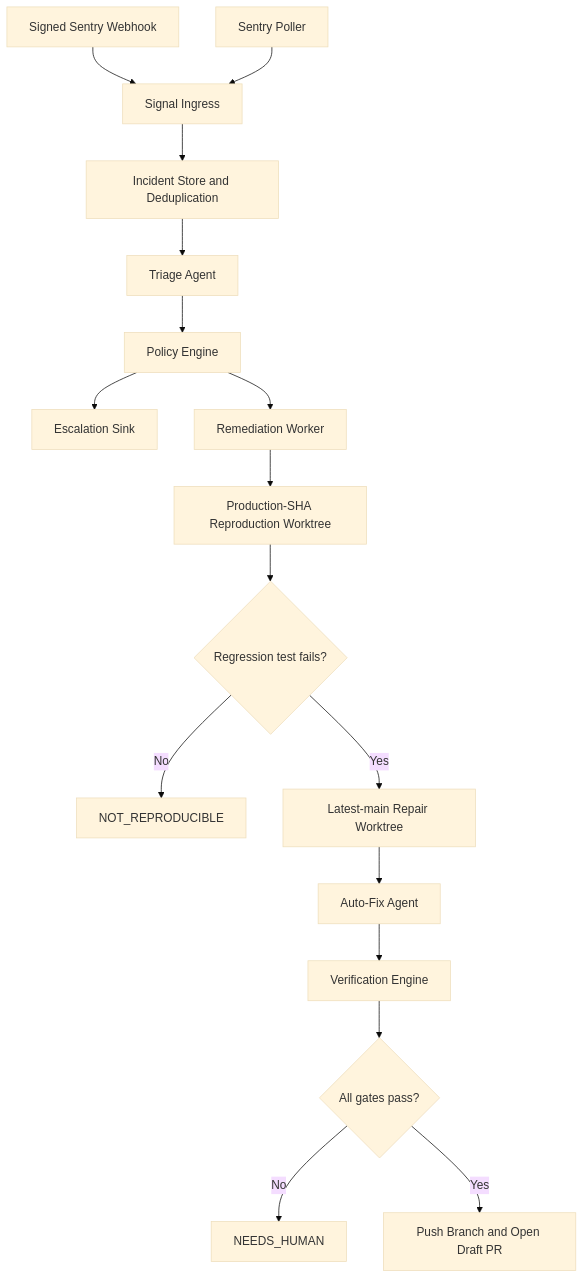
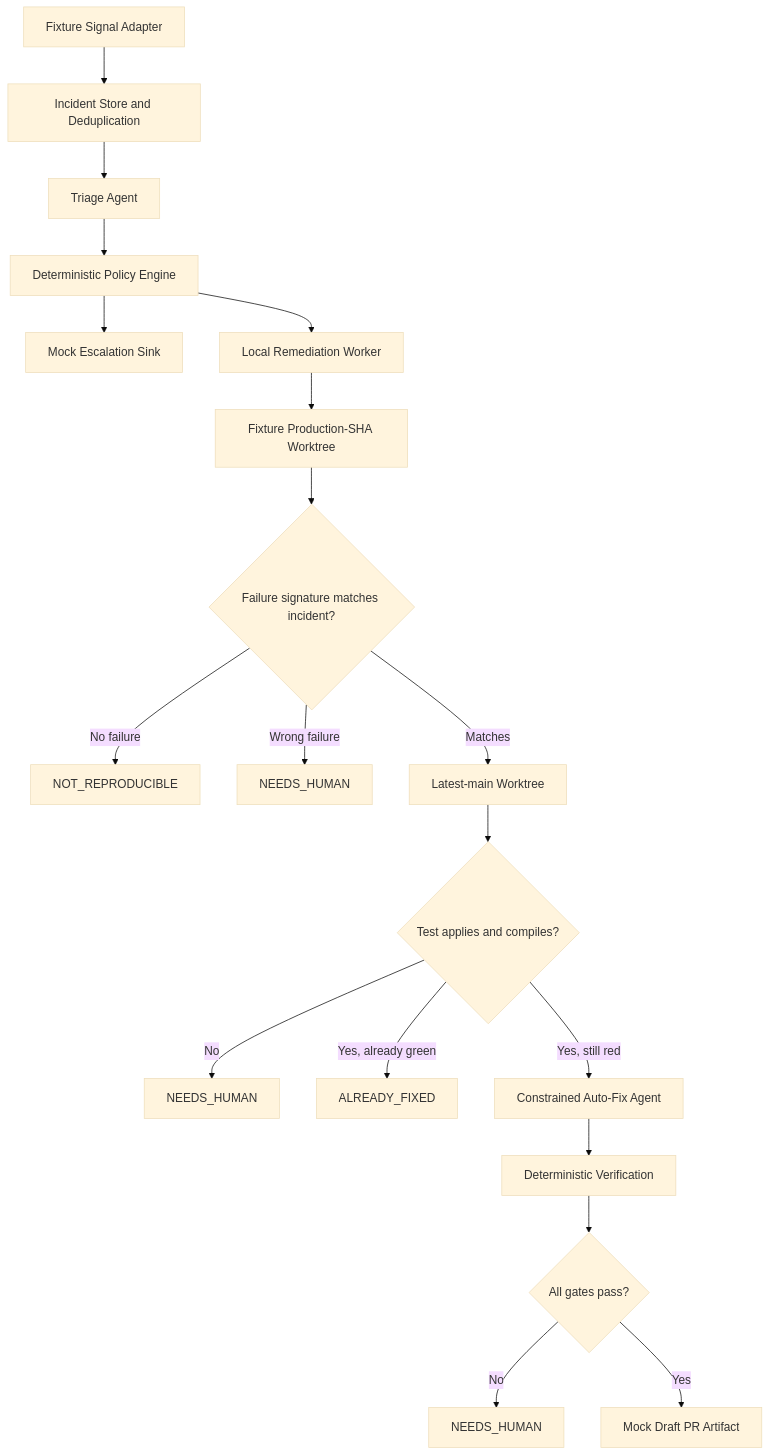
One commit to ZhenrongQu/rpas-lms changed the diagram in docs/auto-fix-remediation/README.md. Above: the diagram before and after it, drawn with Mermaid (base theme). The commit also changed other lines of this file, not shown here.

Commit message:
docs: scope auto-fix plan to mock kernel

````diff
--- a/docs/auto-fix-remediation/README.md
+++ b/docs/auto-fix-remediation/README.md
@@ -56,19 +72,21 @@
 ```mermaid
 flowchart TD
-    SW["Signed Sentry Webhook"] --> IN["Signal Ingress"]
-    SP["Sentry Poller"] --> IN
-    IN --> IS["Incident Store and Deduplication"]
+    FS["Fixture Signal Adapter"] --> IS["Incident Store and Deduplication"]
     IS --> TA["Triage Agent"]
-    TA --> PE["Policy Engine"]
-    PE --> ES["Escalation Sink"]
-    PE --> RW["Remediation Worker"]
-    RW --> PW["Production-SHA Reproduction Worktree"]
-    PW --> RG{"Regression test fails?"}
-    RG -- "No" --> NR["NOT_REPRODUCIBLE"]
-    RG -- "Yes" --> MW["Latest-main Repair Worktree"]
-    MW --> AF["Auto-Fix Agent"]
-    AF --> VE["Verification Engine"]
+    TA --> PE["Deterministic Policy Engine"]
+    PE --> ME["Mock Escalation Sink"]
+    PE --> RW["Local Remediation Worker"]
+    RW --> PW["Fixture Production-SHA Worktree"]
+    PW --> RM{"Failure signature matches incident?"}
+    RM -- "No failure" --> NR["NOT_REPRODUCIBLE"]
+    RM -- "Wrong failure" --> NH1["NEEDS_HUMAN"]
+    RM -- "Matches" --> MW["Latest-main Worktree"]
+    MW --> TP{"Test applies and compiles?"}
+    TP -- "No" --> NH2["NEEDS_HUMAN"]
+    TP -- "Yes, already green" --> AF["ALREADY_FIXED"]
+    TP -- "Yes, still red" --> FX["Constrained Auto-Fix Agent"]
+    FX --> VE["Deterministic Verification"]
     VE --> VG{"All gates pass?"}
-    VG -- "No" --> NH["NEEDS_HUMAN"]
-    VG -- "Yes" --> GP["Push Branch and Open Draft PR"]
+    VG -- "No" --> NH3["NEEDS_HUMAN"]
+    VG -- "Yes" --> MP["Mock Draft PR Artifact"]
 ```
````
